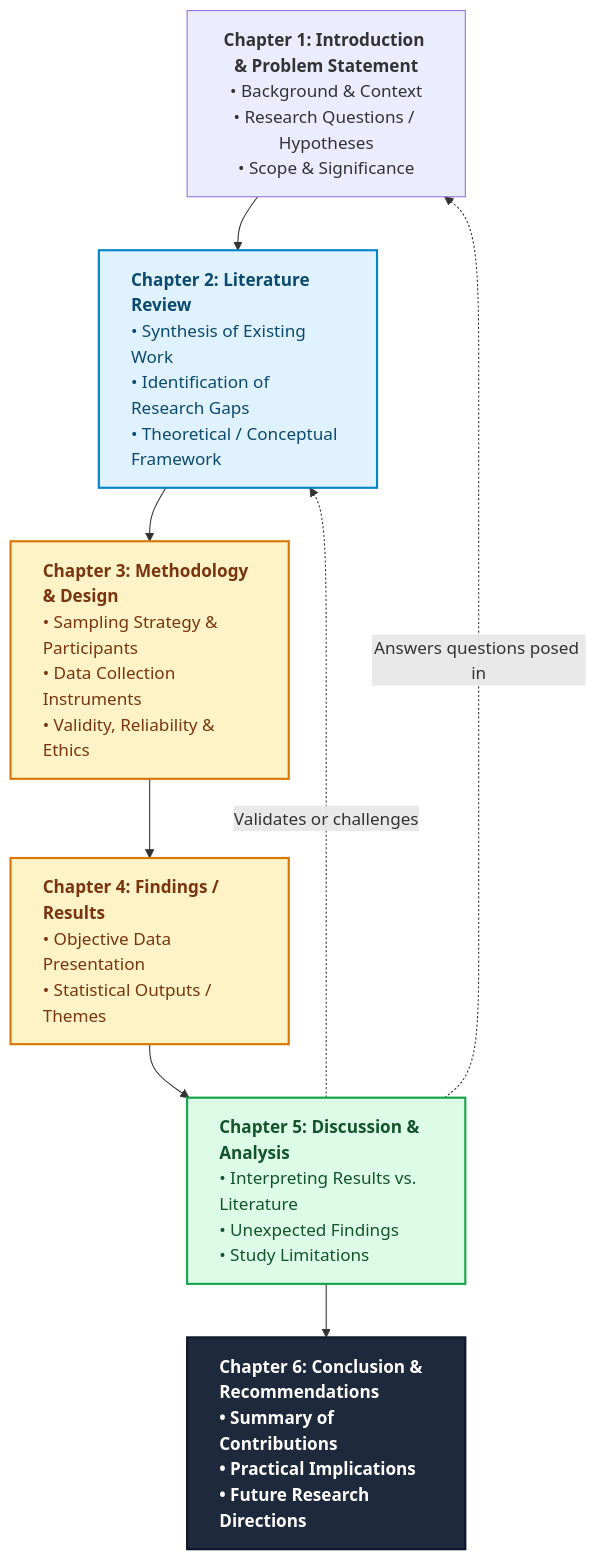
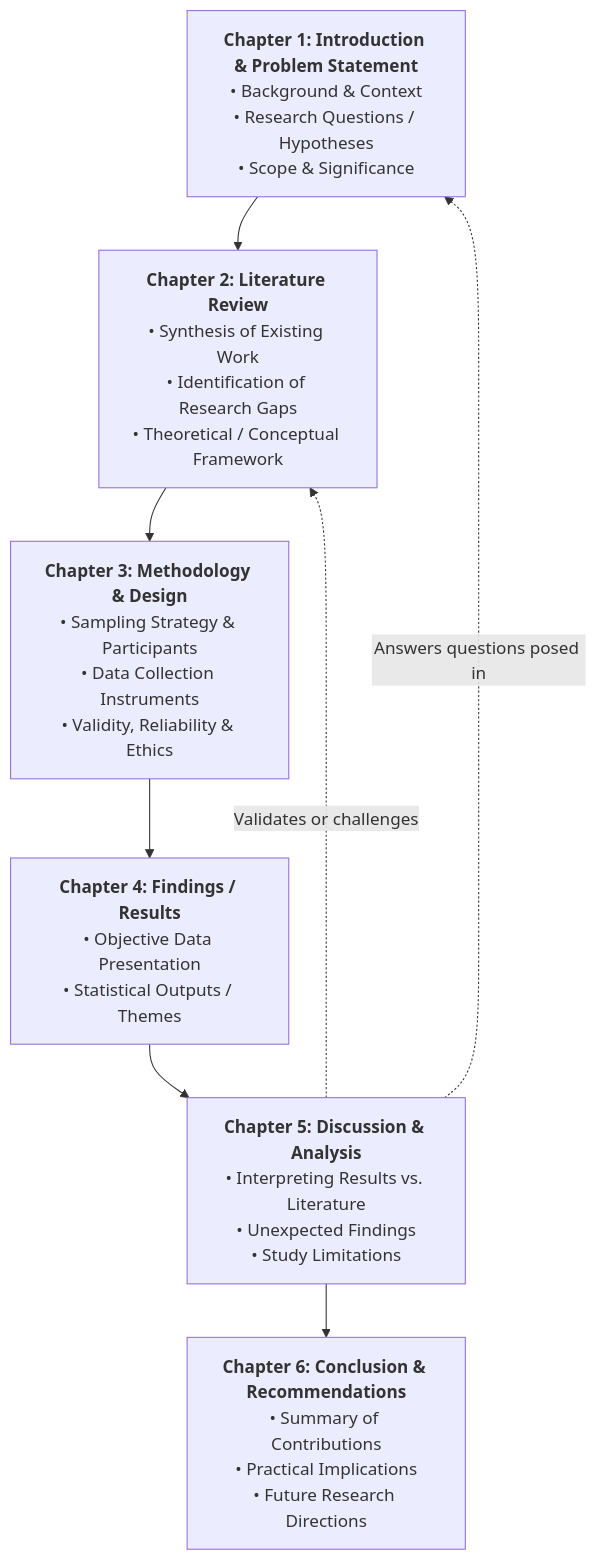
The diagram in Research_Design V2.md (Merceline10/My-First_Ever), drawn with Mermaid before and after one commit.

Commit message:
Update Research_Design V2.md

````diff
--- a/Research_Design V2.md
+++ b/Research_Design V2.md
@@ -2,18 +2,18 @@
 ```mermaid
 flowchart TD
     classDef startend fill:#1e293b,stroke:#0f172a,stroke-width:2px,color:#ffffff,font-weight:bold,text-align:left
     classDef setup fill:#e0f2fe,stroke:#0284c7,stroke-width:2px,color:#0c4a6e,text-align:left
     classDef execution fill:#fef3c7,stroke:#d97706,stroke-width:2px,color:#78350f,text-align:left
     classDef synthesis fill:#dcfce7,stroke:#16a34a,stroke-width:2px,color:#14532d,text-align:left
 
     Ch1["<b>Chapter 1: Introduction & Problem Statement</b><br/>• Background & Context<br/>• Research Questions / Hypotheses<br/>• Scope & Significance"]:::startend,text-align:center
-    Ch2["<b>Chapter 2: Literature Review</b><br/>• Synthesis of Existing Work<br/>• Identification of Research Gaps<br/>• Theoretical / Conceptual Framework"]:::setup
-    Ch3["<b>Chapter 3: Methodology & Design</b><br/>• Sampling Strategy & Participants<br/>• Data Collection Instruments<br/>• Validity, Reliability & Ethics"]:::execution
-    Ch4["<b>Chapter 4: Findings / Results</b><br/>• Objective Data Presentation<br/>• Statistical Outputs / Themes"]:::execution
-    Ch5["<b>Chapter 5: Discussion & Analysis</b><br/>• Interpreting Results vs. Literature<br/>• Unexpected Findings<br/>• Study Limitations"]:::synthesis
-    Ch6["<b>Chapter 6: Conclusion & Recommendations</b><br/>• Summary of Contributions<br/>• Practical Implications<br/>• Future Research Directions"]:::startend
+    Ch2["<b>Chapter 2: Literature Review</b><br/>• Synthesis of Existing Work<br/>• Identification of Research Gaps<br/>• Theoretical / Conceptual Framework"]:::setup,text-align:center
+    Ch3["<b>Chapter 3: Methodology & Design</b><br/>• Sampling Strategy & Participants<br/>• Data Collection Instruments<br/>• Validity, Reliability & Ethics"]:::execution,text-align:center
+    Ch4["<b>Chapter 4: Findings / Results</b><br/>• Objective Data Presentation<br/>• Statistical Outputs / Themes"]:::execution,text-align:center
+    Ch5["<b>Chapter 5: Discussion & Analysis</b><br/>• Interpreting Results vs. Literature<br/>• Unexpected Findings<br/>• Study Limitations"]:::synthesis,text-align:center
+    Ch6["<b>Chapter 6: Conclusion & Recommendations</b><br/>• Summary of Contributions<br/>• Practical Implications<br/>• Future Research Directions"]:::startend,text-align:center
 
     Ch1 --> Ch2 --> Ch3 --> Ch4 --> Ch5 --> Ch6
     Ch5 -. "Answers questions posed in" .-> Ch1
     Ch5 -. "Validates or challenges" .-> Ch2
 ```
````
